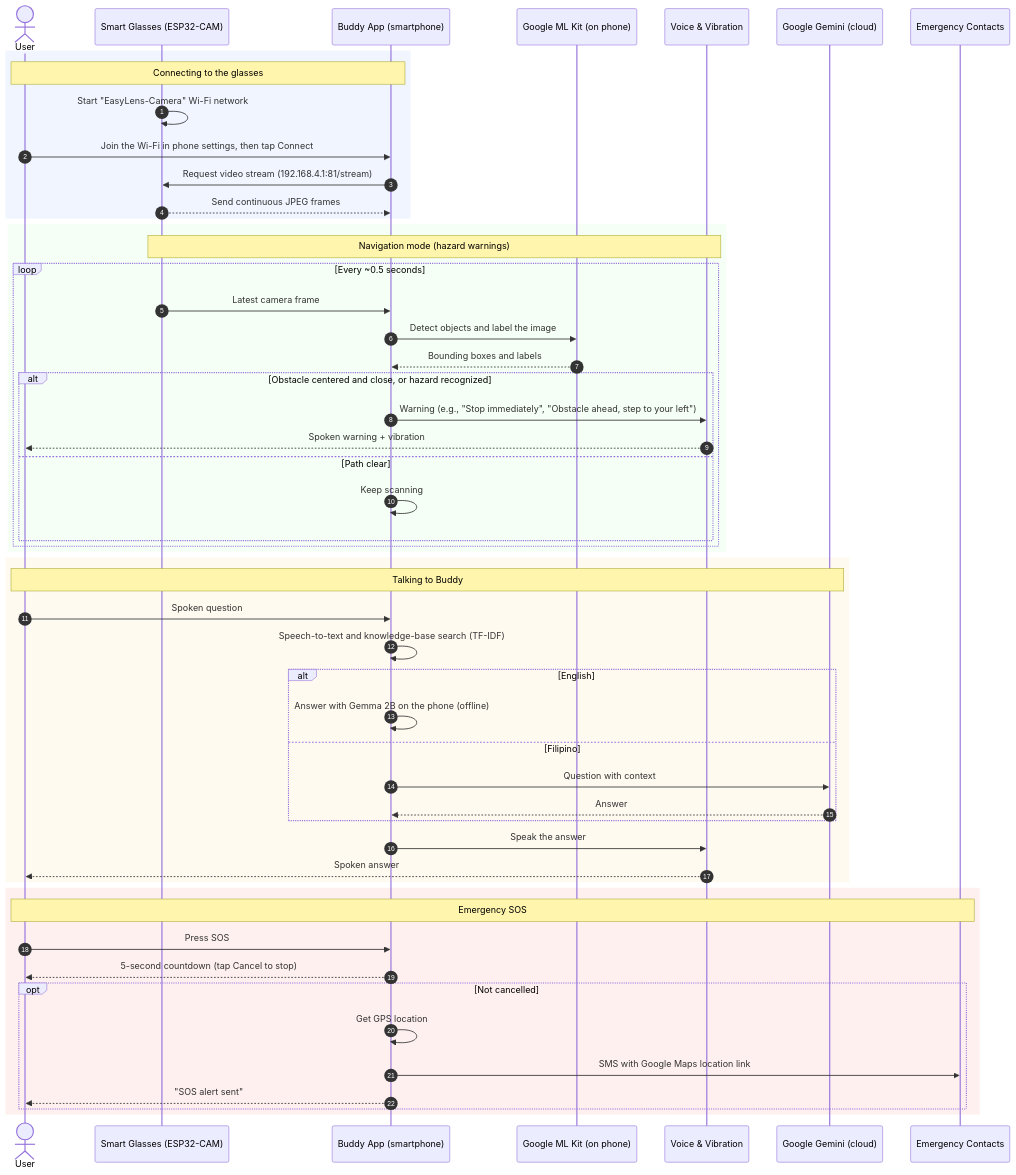
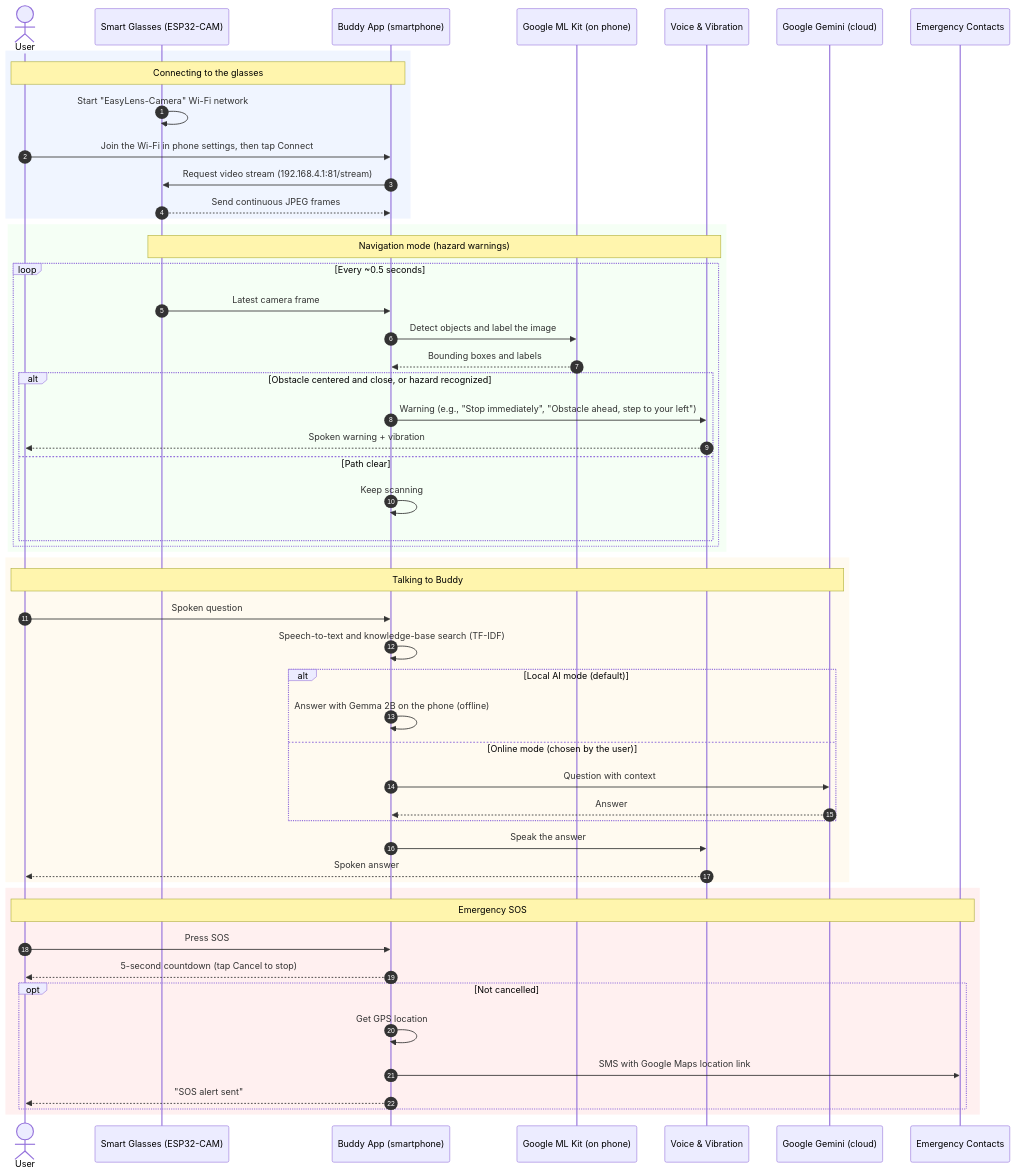
One commit to ciellamher/easylens changed the diagram in docs/figures/05_chapter_3_system_architecture_uml.md. Above: the diagram before and after it, drawn with Mermaid. The commit also changed other lines of this file and 3 other files, not shown here.

First line of the commit message:
docs(figures): show Buddy's Local AI / online mode choice in 3.6 and 3.7

````diff
--- a/docs/figures/05_chapter_3_system_architecture_uml.md
+++ b/docs/figures/05_chapter_3_system_architecture_uml.md
@@ -25,59 +25,59 @@
 ```mermaid
 sequenceDiagram
     autonumber
     actor User as User
     participant Glasses as Smart Glasses (ESP32-CAM)
     participant App as Buddy App (smartphone)
     participant Vision as Google ML Kit (on phone)
     participant Output as Voice & Vibration
     participant Gemini as Google Gemini (cloud)
     participant Contacts as Emergency Contacts
 
     rect rgb(240, 245, 255)
         note over User, App: Connecting to the glasses
         Glasses->>Glasses: Start "EasyLens-Camera" Wi-Fi network
         User->>App: Join the Wi-Fi in phone settings, then tap Connect
         App->>Glasses: Request video stream (192.168.4.1:81/stream)
         Glasses-->>App: Send continuous JPEG frames
     end
 
     rect rgb(245, 255, 245)
         note over Glasses, Output: Navigation mode (hazard warnings)
         loop Every ~0.5 seconds
             Glasses->>App: Latest camera frame
             App->>Vision: Detect objects and label the image
             Vision-->>App: Bounding boxes and labels
             alt Obstacle centered and close, or hazard recognized
                 App->>Output: Warning (e.g., "Stop immediately", "Obstacle ahead, step to your left")
                 Output-->>User: Spoken warning + vibration
             else Path clear
                 App->>App: Keep scanning
             end
         end
     end
 
     rect rgb(255, 250, 240)
         note over User, Gemini: Talking to Buddy
         User->>App: Spoken question
         App->>App: Speech-to-text and knowledge-base search (TF-IDF)
-        alt English
+        alt Local AI mode (default)
             App->>App: Answer with Gemma 2B on the phone (offline)
-        else Filipino
+        else Online mode (chosen by the user)
             App->>Gemini: Question with context
             Gemini-->>App: Answer
         end
         App->>Output: Speak the answer
         Output-->>User: Spoken answer
     end
 
     rect rgb(255, 240, 240)
         note over User, Contacts: Emergency SOS
         User->>App: Press SOS
         App-->>User: 5-second countdown (tap Cancel to stop)
         opt Not cancelled
             App->>App: Get GPS location
             App->>Contacts: SMS with Google Maps location link
             App-->>User: "SOS alert sent"
         end
     end
 ```
````
